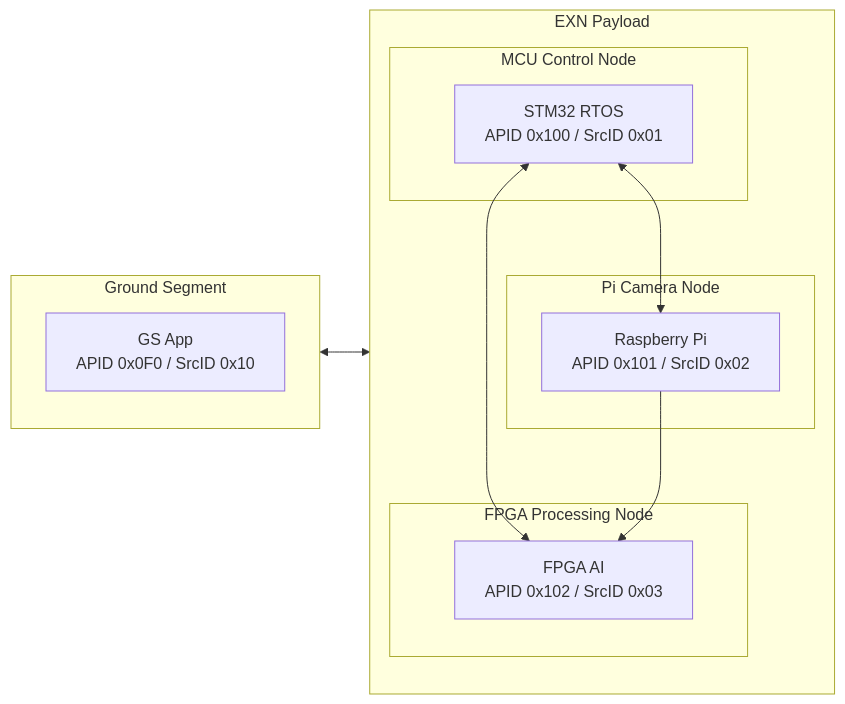
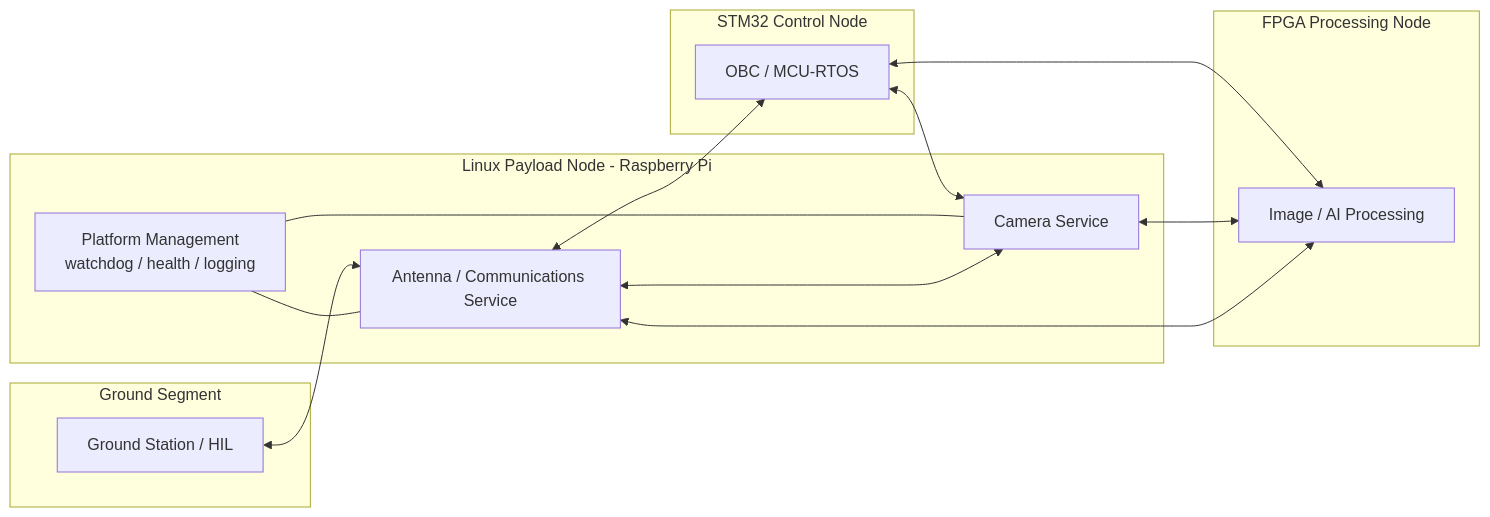
Before and after one commit to ExoSpaceLabs/exn: the diagram in README.md, drawn with Mermaid. The commit also changed other lines of this file and 6 other files, not shown here.

First line of the commit message:
docs(exn): define payload routing architecture

````diff
--- a/README.md
+++ b/README.md
@@ -68,28 +126,30 @@
 ```mermaid
 graph LR
   subgraph "Ground Segment"
-    direction TB
-    GSNode[GS App<br/>APID 0x0F0 / SrcID 0x10]
+    GS[Ground Station / HIL]
   end
 
-  subgraph "EXN Payload"
-    direction TB
-
-    subgraph "MCU Control Node"
-      MCUNode[STM32 RTOS<br/>APID 0x100 / SrcID 0x01]
-    end
-
-    subgraph "Pi Camera Node"
-      PiNode[Raspberry Pi<br/>APID 0x101 / SrcID 0x02]
-    end
-
-    subgraph "FPGA Processing Node"
-      FpgaNode[FPGA AI<br/>APID 0x102 / SrcID 0x03]
-    end
+  subgraph "Linux Payload Node - Raspberry Pi"
+    CAM[Camera Service]
+    ANT[Antenna / Communications Service]
+    PM[Platform Management<br/>watchdog / health / logging]
   end
 
-  GSNode <--> MCUNode
-  MCUNode <--> PiNode
-  MCUNode <--> FpgaNode
-  PiNode --> FpgaNode
+  subgraph "STM32 Control Node"
+    OBC[OBC / MCU-RTOS]
+  end
+
+  subgraph "FPGA Processing Node"
+    FPGA[Image / AI Processing]
+  end
+
+  GS <--> ANT
+  ANT <--> OBC
+  OBC <--> CAM
+  OBC <--> FPGA
+  CAM <--> FPGA
+  CAM <--> ANT
+  FPGA <--> ANT
+  PM --- CAM
+  PM --- ANT
 ```
````
